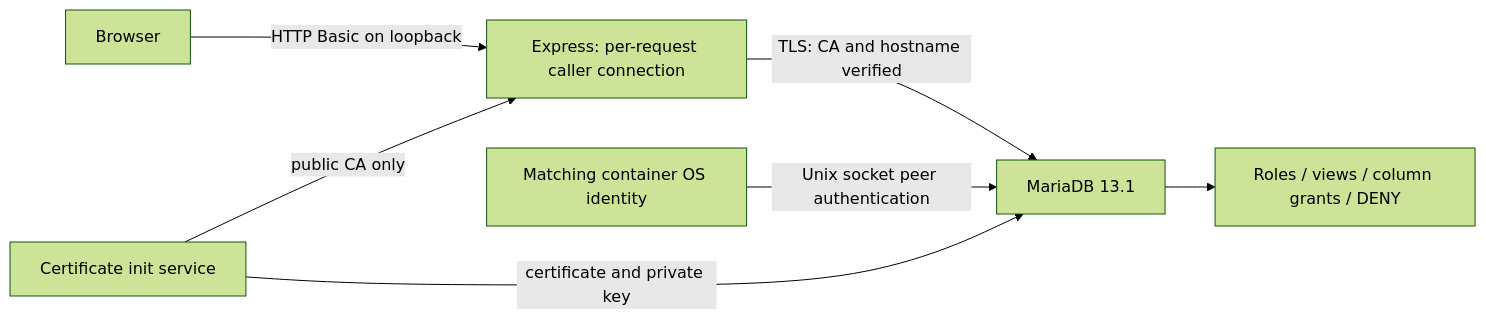
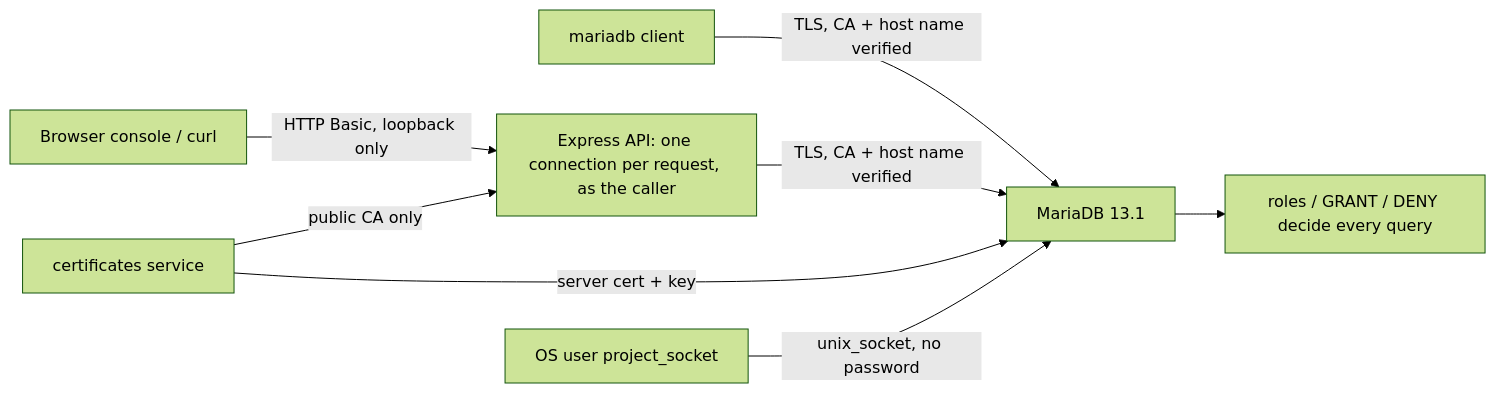
Before and after one commit to Sarperdgn/Database-Project-CO-560: the diagram in README.md, drawn with Mermaid (forest theme). The commit also changed other lines of this file, not shown here.

````diff
--- a/README.md
+++ b/README.md
@@ -791,9 +116,10 @@
 ```mermaid
 flowchart LR
-  Browser -->|HTTP Basic on loopback| API[Express: per-request caller connection]
-  CA[Certificate init service] -->|public CA only| API
-  CA -->|certificate and private key| DB[MariaDB 13.1]
-  API -->|TLS: CA and hostname verified| DB
-  DB --> Roles[Roles / views / column grants / DENY]
-  Peer[Matching container OS identity] -->|Unix socket peer authentication| DB
+  Browser[Browser console / curl] -->|HTTP Basic, loopback only| API[Express API: one connection per request, as the caller]
+  CLI[mariadb client] -->|TLS, CA + host name verified| DB
+  API -->|TLS, CA + host name verified| DB[MariaDB 13.1]
+  Certs[certificates service] -->|public CA only| API
+  Certs -->|server cert + key| DB
+  Peer[OS user project_socket] -->|unix_socket, no password| DB
+  DB --> Rules[roles / GRANT / DENY decide every query]
 ```
````
